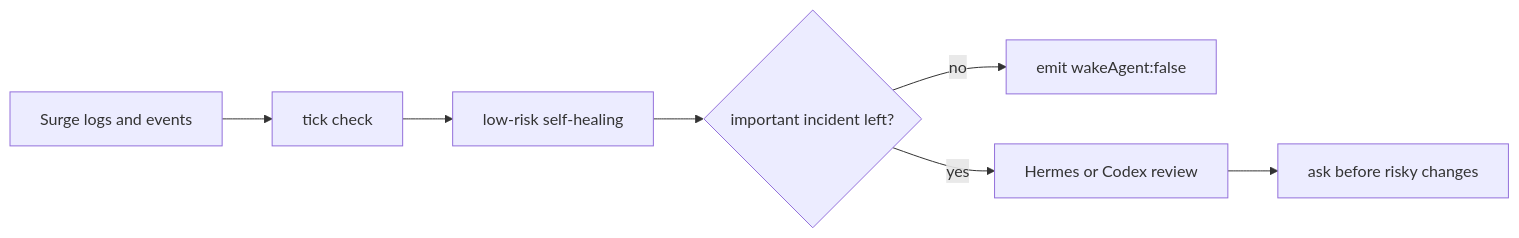
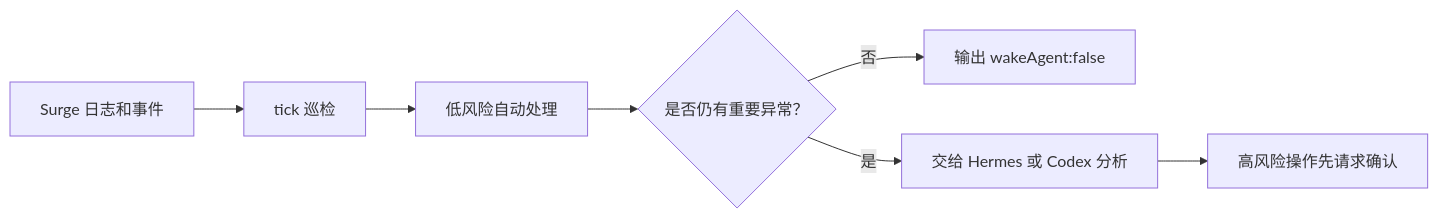
One commit to rexchen2024/surge-guardian-assistant changed the diagram in README.md. Above: the diagram before and after it, drawn with Mermaid. The commit also changed other lines of this file and 7 other files, not shown here.

````diff
--- a/README.md
+++ b/README.md
@@ -34,9 +34,9 @@
 ```mermaid
 flowchart LR
-  Surge["Surge logs and events"] --> Tick["tick check"]
-  Tick --> Fix["low-risk self-healing"]
-  Fix --> Healthy{"important incident left?"}
-  Healthy -->|no| Quiet["emit wakeAgent:false"]
-  Healthy -->|yes| Review["Hermes or Codex review"]
-  Review --> Confirm["ask before risky changes"]
+  Surge["Surge 日志和事件"] --> Tick["tick 巡检"]
+  Tick --> Fix["低风险自动处理"]
+  Fix --> Healthy{"是否仍有重要异常？"}
+  Healthy -->|否| Quiet["输出 wakeAgent:false"]
+  Healthy -->|是| Review["交给 Hermes 或 Codex 分析"]
+  Review --> Confirm["高风险操作先请求确认"]
 ```
````
